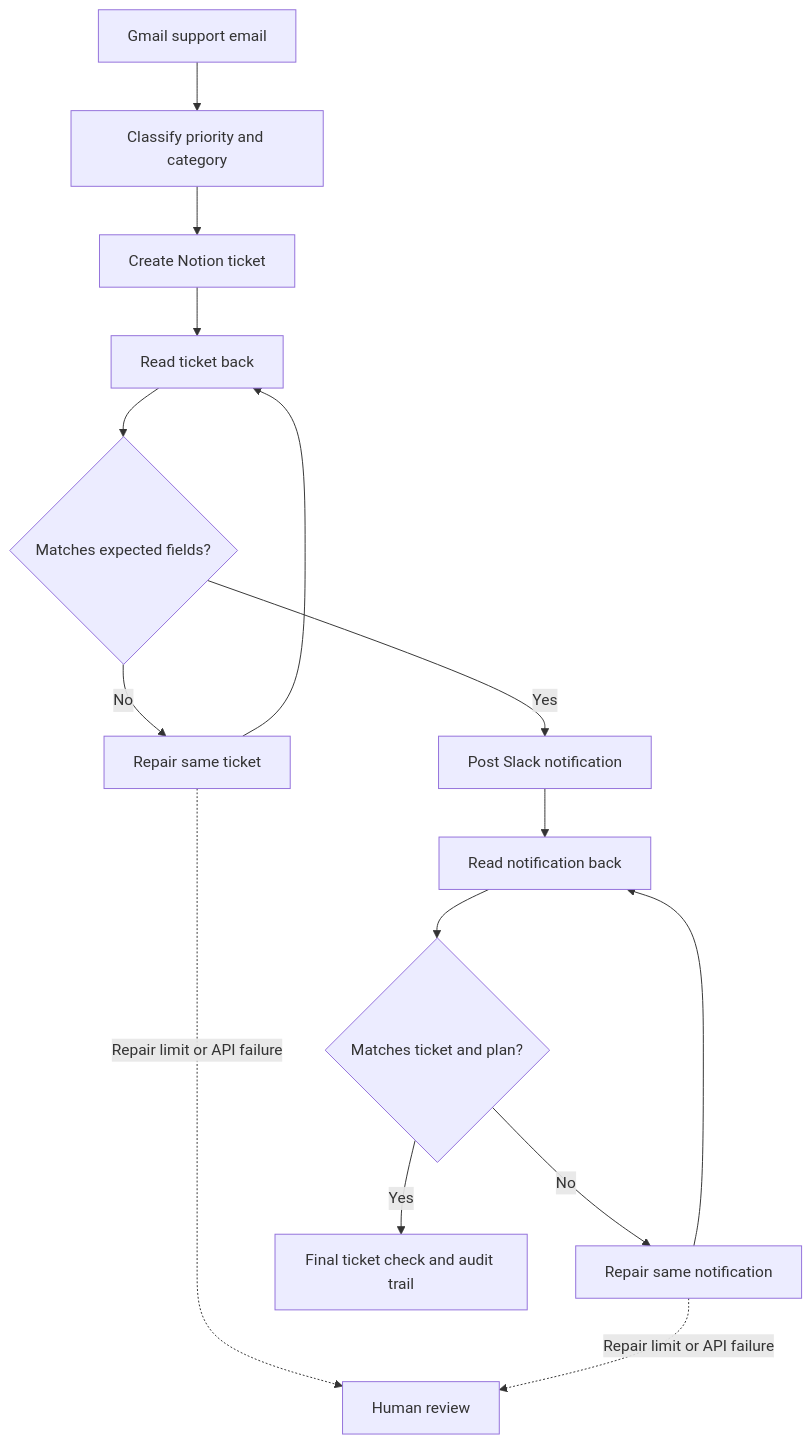
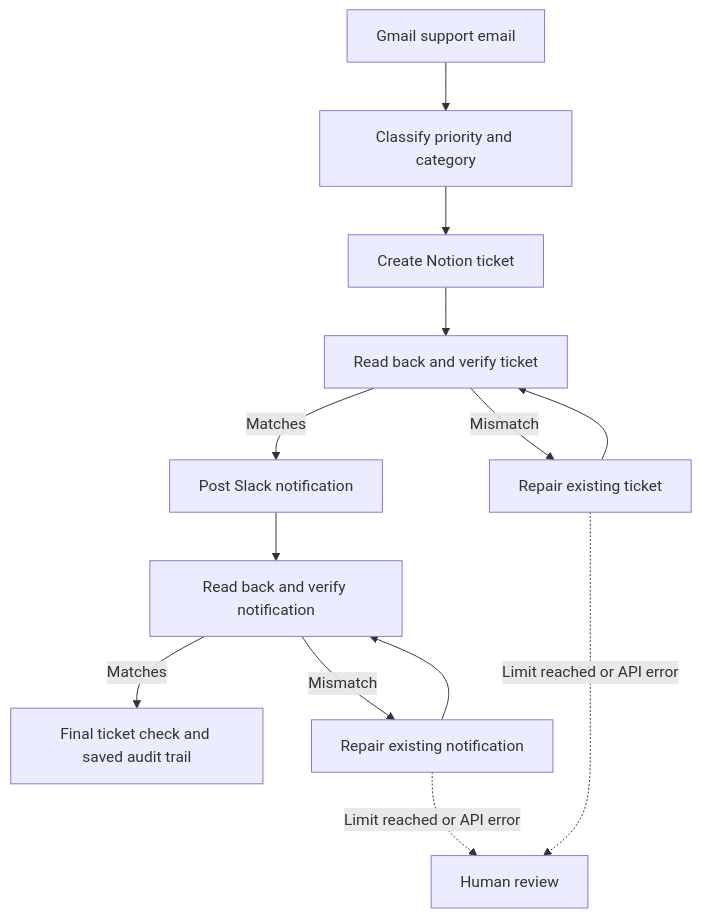
Before and after one commit to SrileakhanaMangapathi/support-sentinel: the diagram in README.md, drawn with Mermaid. The commit also changed other lines of this file, not shown here.

Commit message:
Simplify README to four requested sections with workflow diagram

````diff
--- a/README.md
+++ b/README.md
@@ -11,17 +9,15 @@
 ```mermaid
 flowchart TD
     A[Gmail support email] --> B[Classify priority and category]
     B --> C[Create Notion ticket]
-    C --> D[Read ticket back]
-    D --> E{Matches expected fields?}
-    E -- No --> F[Repair same ticket]
+    C --> D[Read back and verify ticket]
+    D -- Matches --> E[Post Slack notification]
+    D -- Mismatch --> F[Repair existing ticket]
     F --> D
-    E -- Yes --> G[Post Slack notification]
-    G --> H[Read notification back]
-    H --> I{Matches ticket and plan?}
-    I -- No --> J[Repair same notification]
-    J --> H
-    I -- Yes --> K[Final ticket check and audit trail]
-    F -. Repair limit or API failure .-> L[Human review]
-    J -. Repair limit or API failure .-> L
+    E --> G[Read back and verify notification]
+    G -- Matches --> H[Final ticket check and saved audit trail]
+    G -- Mismatch --> I[Repair existing notification]
+    I --> G
+    F -. Limit reached or API error .-> J[Human review]
+    I -. Limit reached or API error .-> J
 ```
````
